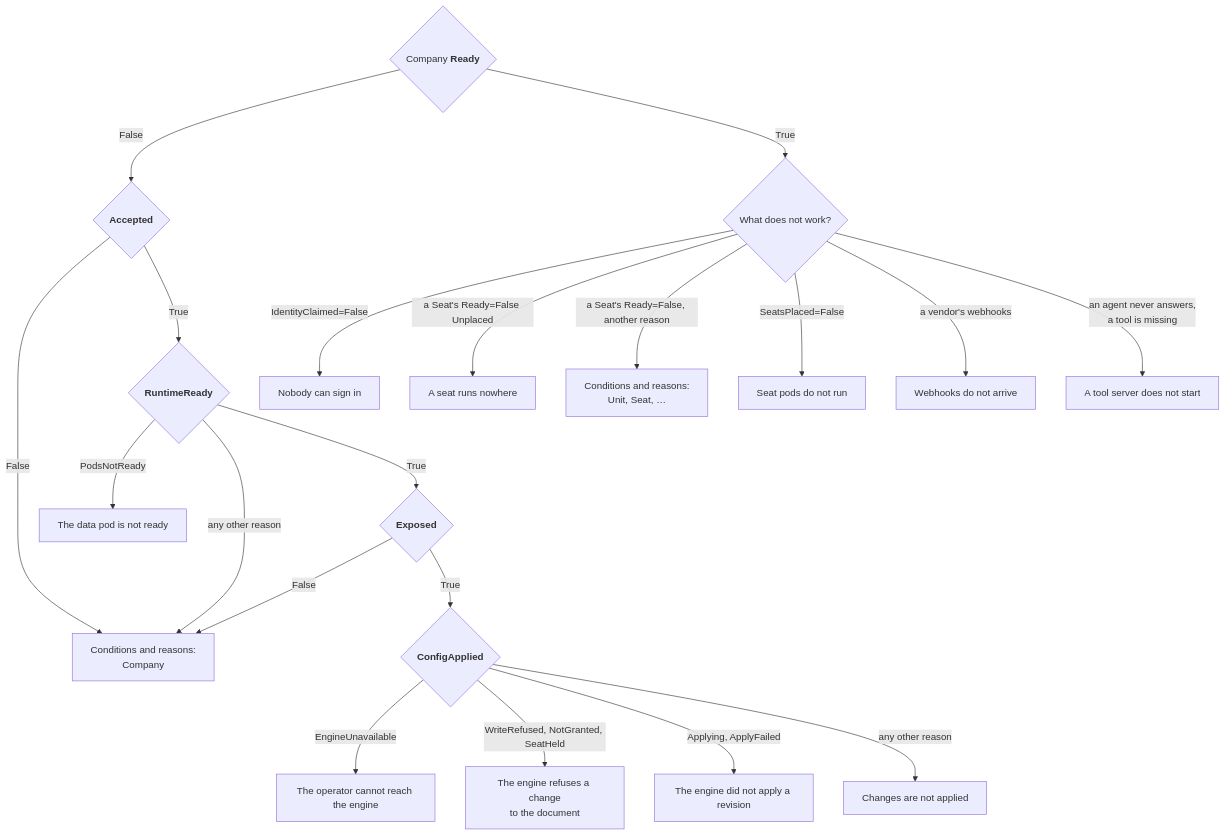
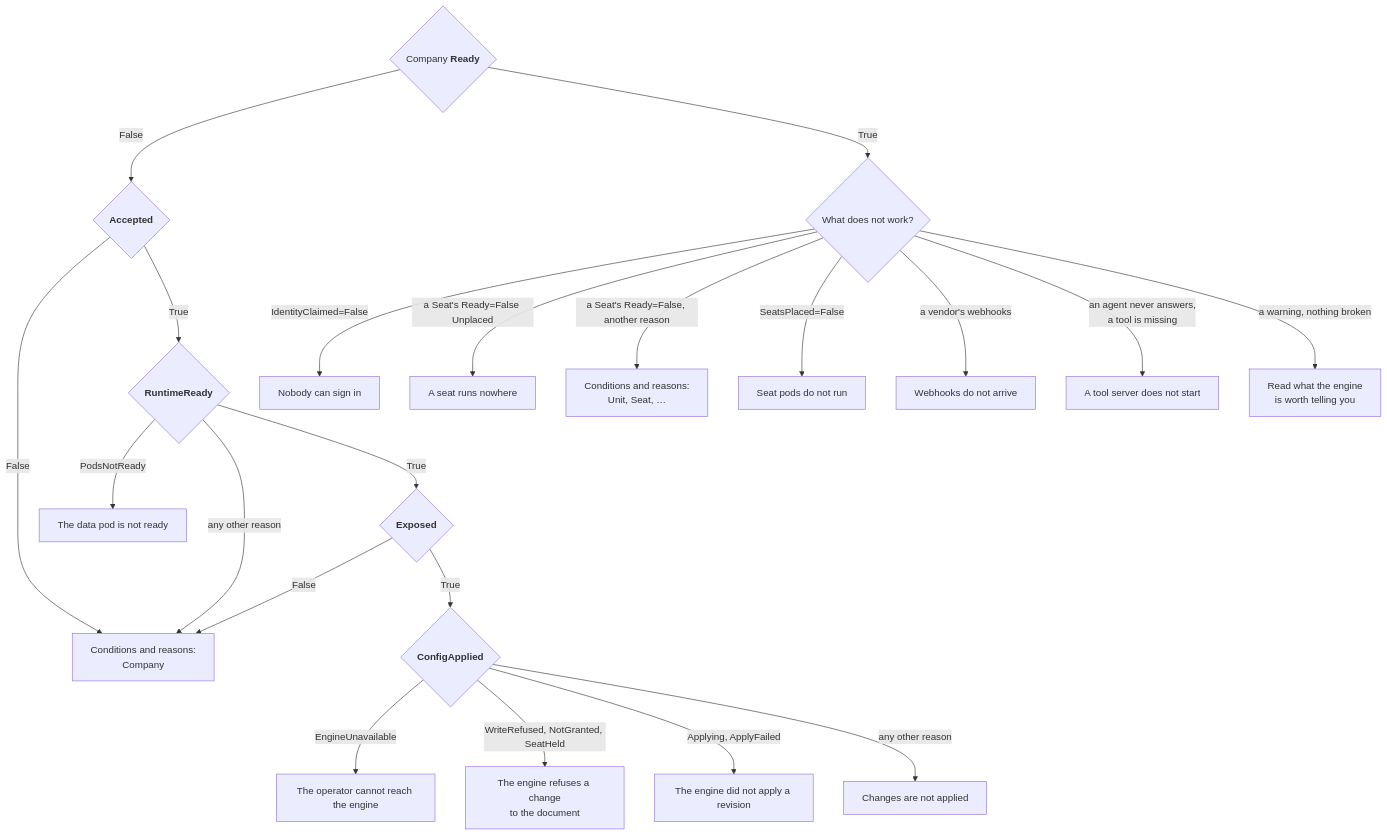
The diagram in docs/guides/troubleshooting.md (crewlet/crewlet-operator), drawn with Mermaid before and after one commit. The commit also changed other lines of this file and 1 other file, not shown here.

First line of the commit message:
docs(docs): say where the engine reports what is worth knowing

````diff
--- a/docs/guides/troubleshooting.md
+++ b/docs/guides/troubleshooting.md
@@ -22,23 +22,24 @@
 ```mermaid
 flowchart TD
     R{"Company <b>Ready</b>"}
     R -->|False| A{"<b>Accepted</b>"}
     R -->|True| SYM{"What does not work?"}
     A -->|False| CL["Conditions and reasons:<br/>Company"]
     A -->|True| RT{"<b>RuntimeReady</b>"}
     RT -->|PodsNotReady| POD["The data pod is not ready"]
     RT -->|"any other reason"| CL
     RT -->|True| EX{"<b>Exposed</b>"}
     EX -->|False| CL
     EX -->|True| CA{"<b>ConfigApplied</b>"}
     CA -->|EngineUnavailable| UN["The operator cannot reach the engine"]
     CA -->|"WriteRefused, NotGranted, SeatHeld"| WR["The engine refuses a change<br/>to the document"]
     CA -->|"Applying, ApplyFailed"| AF["The engine did not apply a revision"]
     SYM -->|"IdentityClaimed=False"| NS["Nobody can sign in"]
     CA -->|"any other reason"| NA["Changes are not applied"]
     SYM -->|"a Seat's Ready=False Unplaced"| NW["A seat runs nowhere"]
     SYM -->|"a Seat's Ready=False, another reason"| CS["Conditions and reasons:<br/>Unit, Seat, …"]
     SYM -->|"SeatsPlaced=False"| SP["Seat pods do not run"]
     SYM -->|"a vendor's webhooks"| WH["Webhooks do not arrive"]
     SYM -->|"an agent never answers,<br/>a tool is missing"| TS["A tool server does not start"]
+    SYM -->|"a warning, nothing broken"| AD["Read what the engine<br/>is worth telling you"]
 ```
````
